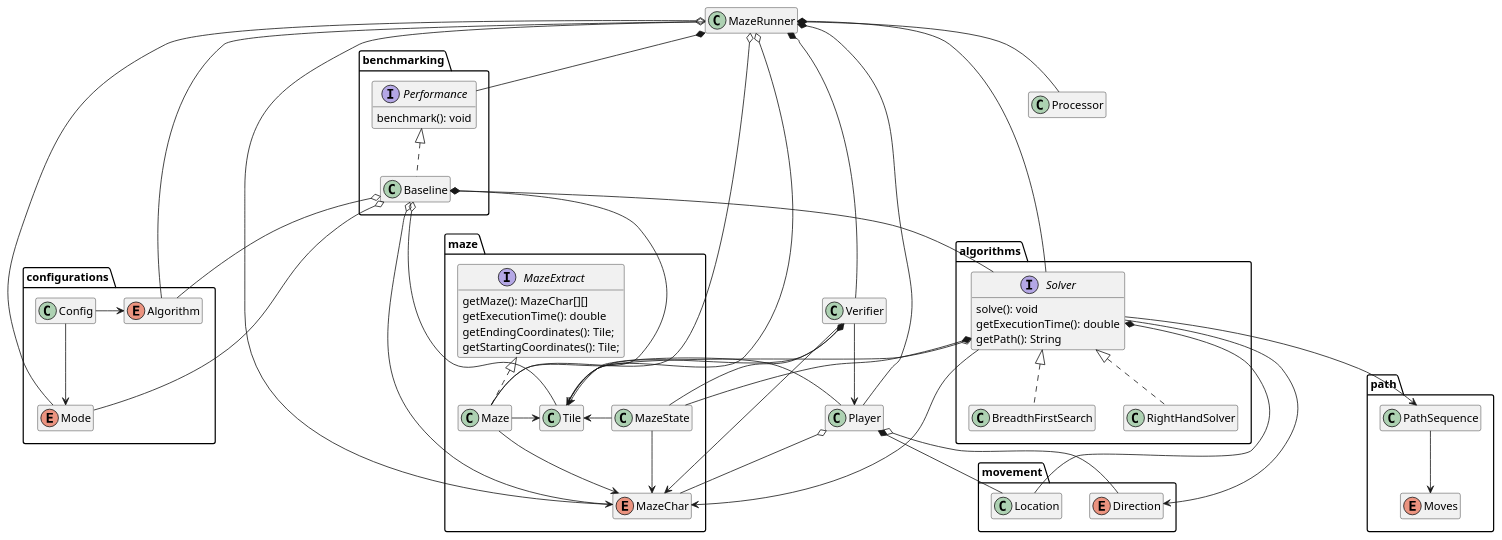
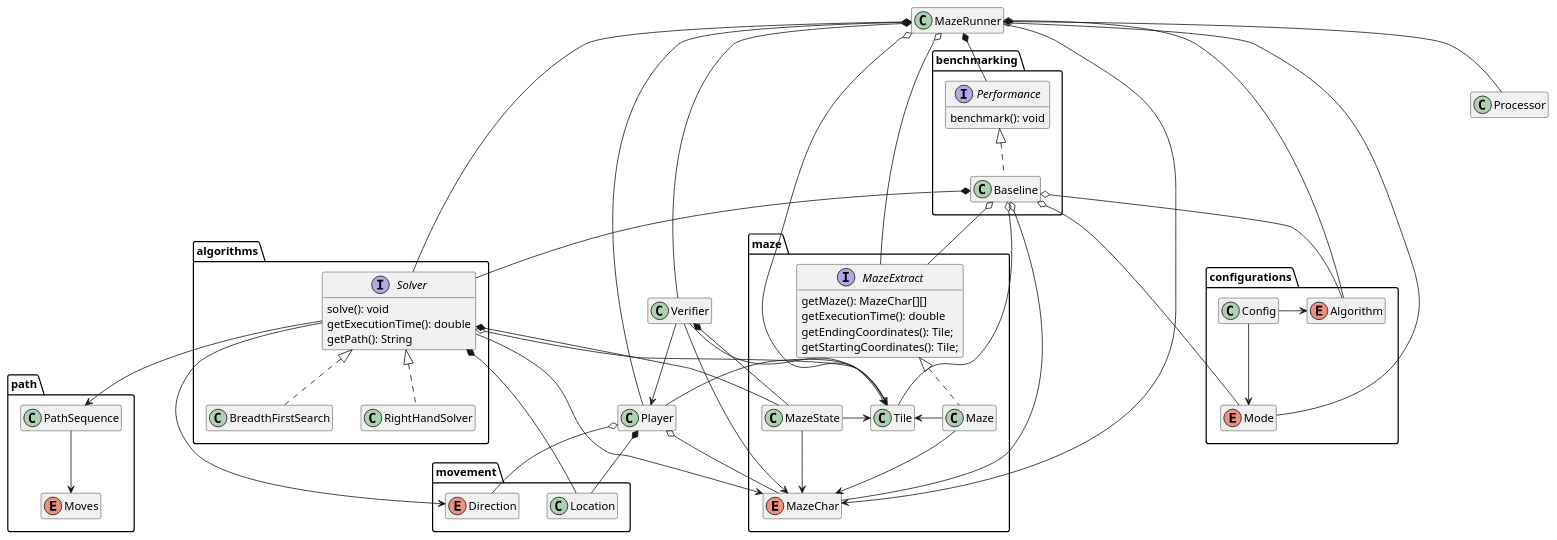
Before and after one commit to vikramC04/maze-runner: the diagram in src/plantuml/class.plantuml, drawn with PlantUML. The commit also changed 3 other files, not shown here.

```diff
--- a/src/plantuml/class.plantuml
+++ b/src/plantuml/class.plantuml
@@ -1,104 +1,104 @@
 @startuml Class Diagram
 
 package movement {
   enum Direction
   class Location
 }
 
 package algorithms {
   interface Solver {
     solve(): void
     getExecutionTime(): double
     getPath(): String
   }
   class BreadthFirstSearch implements Solver
   class RightHandSolver implements Solver
 }
 
 package benchmarking {
   interface Performance {
     benchmark(): void 
   }
   class Baseline implements Performance
 }
 
 package maze {
   interface MazeExtract {
     getMaze(): MazeChar[][] 
     getExecutionTime(): double
     getEndingCoordinates(): Tile;
     getStartingCoordinates(): Tile;
   }
   class Maze implements MazeExtract 
   enum MazeChar
   class MazeState
   class Tile
 }
 
 
 
 package configurations {
   class Config
   enum Algorithm
   enum Mode
 }
 
 package path {
   enum Moves
   class PathSequence
 }
 
 class MazeRunner
 class Player
 class Processor
 class Verifier
 
 Solver --> MazeChar
 Solver o-- Tile
 Solver ---> Direction
 Solver *--- MazeState
 Solver *--- Location
 Solver --> PathSequence
 
 Baseline o--- MazeChar
 Baseline o- Tile
-Baseline o-- Maze
+Baseline o-- MazeExtract
 Baseline o-- Algorithm
 Baseline o-- Mode
 Baseline *-- Solver
 
 Config -> Algorithm
 Config --> Mode
 
 Maze --> MazeChar
 Maze -> Tile
 
 MazeState -> MazeChar
 MazeState -> Tile
 
 MazeRunner --> MazeChar
 MazeRunner o- Tile
-MazeRunner o-- Maze
+MazeRunner o-- MazeExtract
 MazeRunner o-- Algorithm
 MazeRunner o-- Mode
 MazeRunner *-- Solver
 MazeRunner *-- Player
 MazeRunner *-- Processor
 MazeRunner *-- Performance
 MazeRunner *-- Verifier
 
 Player *-- Location
 Player o- Direction
 Player -> Tile
 Player o-- MazeChar
 
 Verifier --> Tile
 Verifier --> Player
 Verifier --> MazeChar
 Verifier *-- MazeState
 
 PathSequence --> Moves
 
 
 hide empty members
 @enduml 
```
